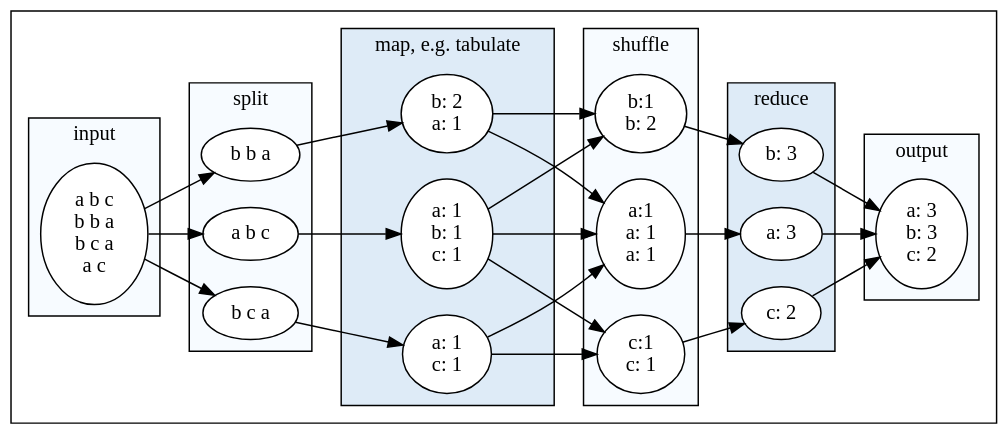
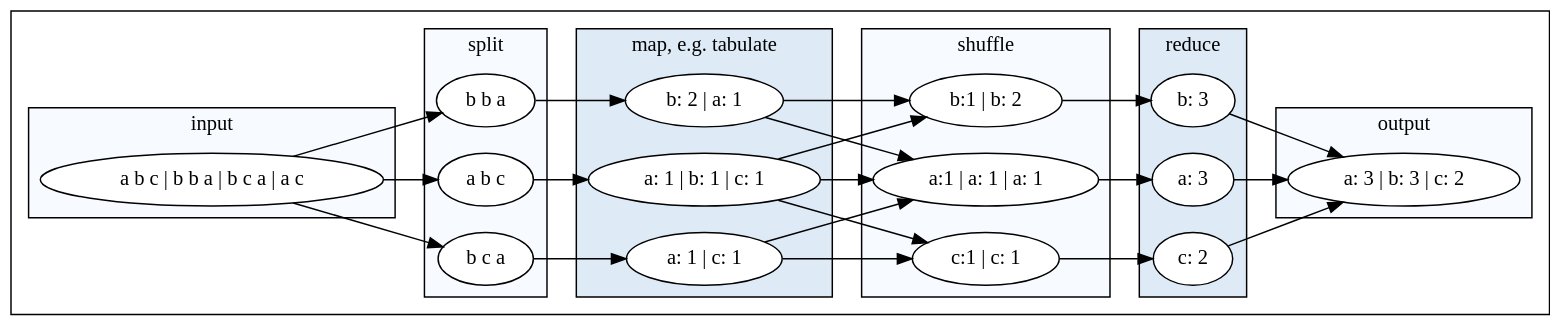
Before and after one commit to jcai849/thesis: the diagram in img/mapreduce.gv, drawn with Graphviz. The commit also changed 24 other files, not shown here.

```diff
--- a/img/mapreduce.gv
+++ b/img/mapreduce.gv
@@ -1,60 +1,60 @@
 digraph mapreduce {
 	colorscheme="Blues9"
 	node [style="filled", fillcolor=white];
 	style="filled";
 	rankdir="LR";
 
 	subgraph cluster_input {
 	label="input"
 	fillcolor=1;
-	i1[label="a b c\nb b a\nb c a\na c"];
+	i1[label="a b c | b b a | b c a | a c"];
 	}
 
 	subgraph cluster_split {
 	label="split";
 	fillcolor=1;
 	s1[label="a b c"];
 	s2[label="b b a"];
 	s3[label="b c a"];
 	}
 
 	subgraph cluster_map {
 	label="map, e.g. tabulate";
 	fillcolor=2;
-	m1[label="a: 1\nb: 1\nc: 1"];
-	m2[label="b: 2\na: 1"];
-	m3[label="a: 1\nc: 1"];
+	m1[label="a: 1 | b: 1 | c: 1"];
+	m2[label="b: 2 | a: 1"];
+	m3[label="a: 1 | c: 1"];
 	}
 
 	subgraph cluster_shuffle {
 	label="shuffle";
 	fillcolor=1;
-	sh1[label="a:1\na: 1\na: 1"];
-	sh2[label="b:1\nb: 2"];
-	sh3[label="c:1\nc: 1"];
+	sh1[label="a:1 | a: 1 | a: 1"];
+	sh2[label="b:1 | b: 2"];
+	sh3[label="c:1 | c: 1"];
 	}
 
 	subgraph cluster_reduce {
 	label="reduce";
 	fillcolor=2;
 	r1[label="a: 3"];
 	r2[label="b: 3"];
 	r3[label="c: 2"];
 	}
 
 	subgraph cluster_output {
 	label="output";
 	fillcolor=1;
-	o1[label="a: 3\nb: 3\nc: 2"];
+	o1[label="a: 3 | b: 3 | c: 2"];
 	}
 
 	i1 -> s1 -> m1;
 	i1 -> s2 -> m2;
 	i1 -> s3 -> m3;
 
 	{m1 m2 m3} -> sh1 -> r1;
 	{m1 m2} -> sh2 -> r2;
 	{m1 m3} -> sh3 -> r3;
 
 	{r1 r2 r3} -> o1
 }
```
